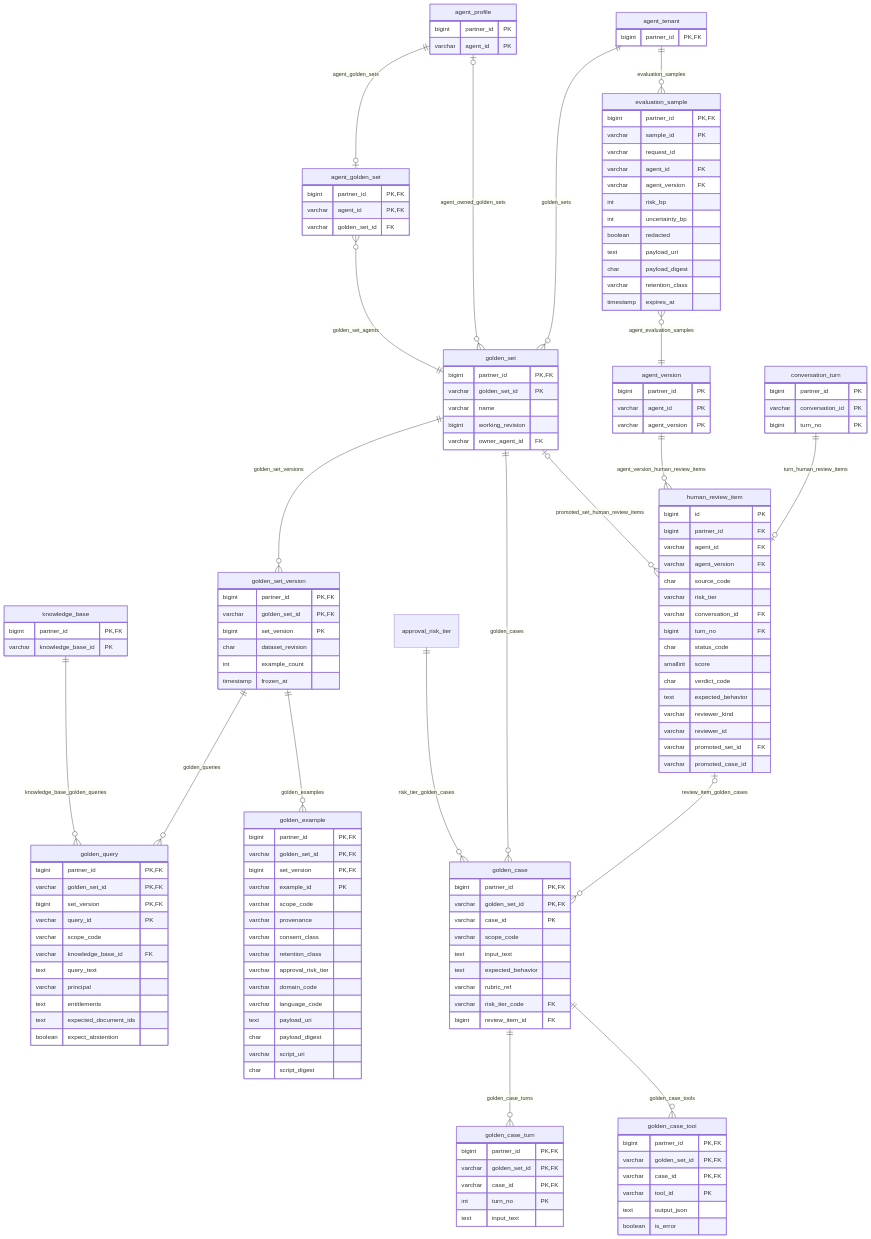
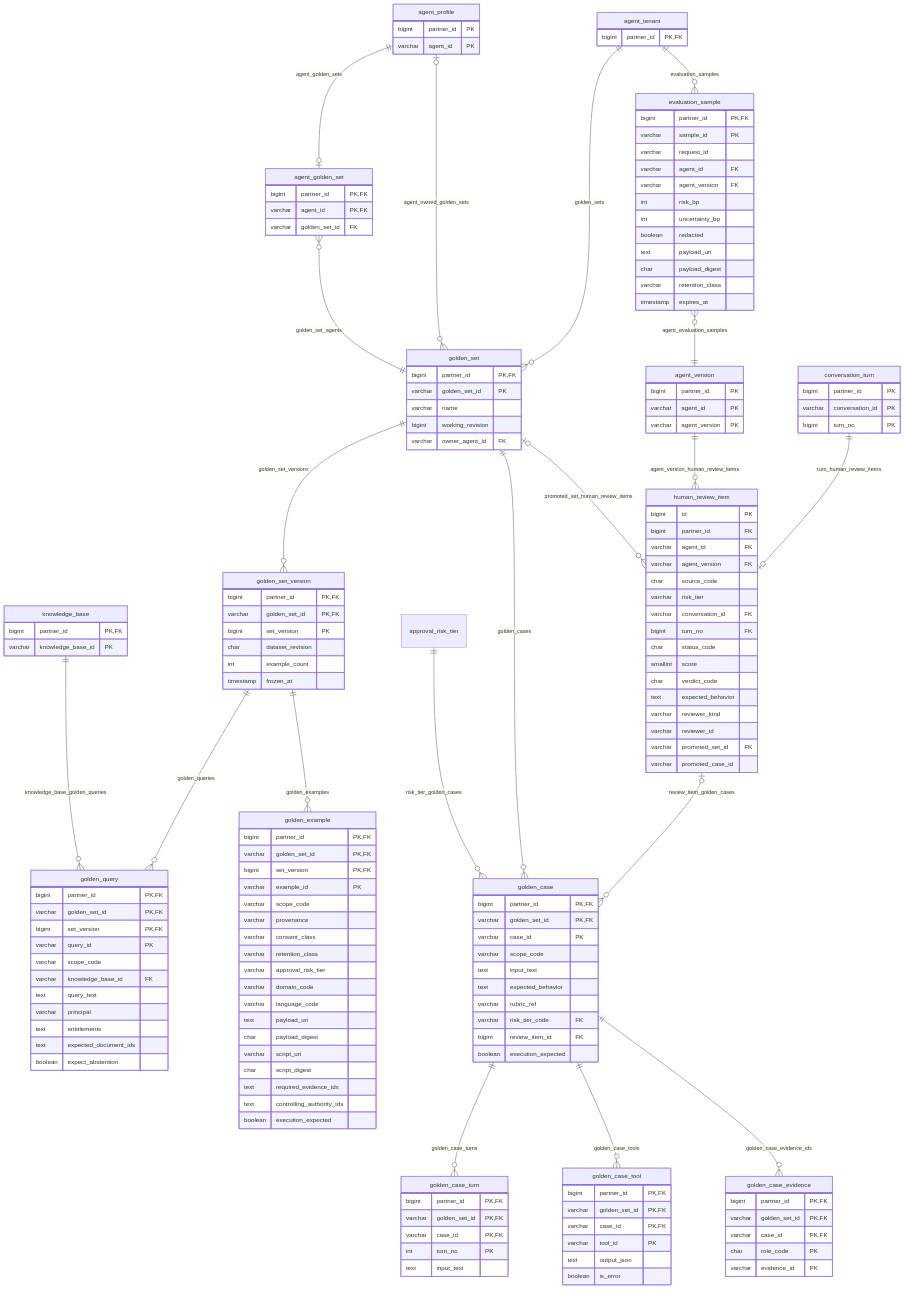
Before and after one commit to nauticana/scout: diagram 22 of 24 in doc/database.md, drawn with Mermaid. The commit also changed other lines of this file and 239 other files, not shown here.

Commit message:
keel 1.3.0 API JSON, Charter 1.6, authenticated-only routes, outcome settlement, working sets, assurance metrics

```diff
--- a/doc/database.md
+++ b/doc/database.md
@@ -2220,6 +2237,7 @@
     approval_risk_tier ||--o{ golden_case : risk_tier_golden_cases
     golden_case ||--o{ golden_case_turn : golden_case_turns
     golden_case ||--o{ golden_case_tool : golden_case_tools
+    golden_case ||--o{ golden_case_evidence : golden_case_evidence_ids
     golden_set_version ||--o{ golden_query : golden_queries
     golden_set_version ||--o{ golden_example : golden_examples
     agent_tenant ||--o{ evaluation_sample : evaluation_samples
@@ -2267,6 +2285,7 @@
         varchar rubric_ref
         varchar risk_tier_code FK
         bigint review_item_id FK
+        boolean execution_expected
     }
     golden_case_turn {
         bigint partner_id PK,FK
@@ -2282,6 +2301,13 @@
         varchar tool_id PK
         text output_json
         boolean is_error
+    }
+    golden_case_evidence {
+        bigint partner_id PK,FK
+        varchar golden_set_id PK,FK
+        varchar case_id PK,FK
+        char role_code PK
+        varchar evidence_id PK
     }
     agent_golden_set {
         bigint partner_id PK,FK
@@ -2312,6 +2338,9 @@
         char payload_digest
         varchar script_uri
         char script_digest
+        text required_evidence_ids
+        text controlling_authority_ids
+        boolean execution_expected
     }
     golden_query {
         bigint partner_id PK,FK
```
